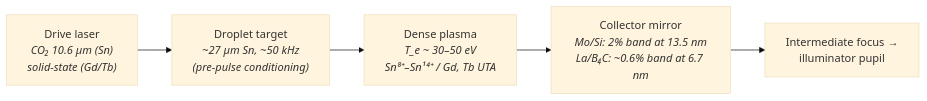
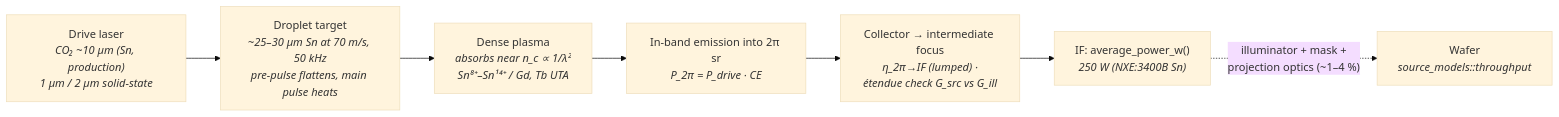
The diagram in docs/sources/lpp.md (sonoransun/highuvlith), drawn with Mermaid (base theme) before and after one commit. The commit also changed other lines of this file and 496 other files, not shown here.

````diff
--- a/docs/sources/lpp.md
+++ b/docs/sources/lpp.md
@@ -15,7 +17,9 @@
 ```mermaid
 flowchart LR
-    A["Drive laser<br/><i>CO₂ 10.6 µm (Sn)<br/>solid-state (Gd/Tb)</i>"] --> B["Droplet target<br/><i>~27 µm Sn, ~50 kHz<br/>(pre-pulse conditioning)</i>"]
-    B --> C["Dense plasma<br/><i>T_e ~ 30–50 eV<br/>Sn⁸⁺–Sn¹⁴⁺ / Gd, Tb UTA</i>"]
-    C --> D["Collector mirror<br/><i>Mo/Si: 2% band at 13.5 nm<br/>La/B₄C: ~0.6% band at 6.7 nm</i>"]
-    D --> E["Intermediate focus →<br/>illuminator pupil"]
+    A["Drive laser<br/><i>CO₂ ~10 µm (Sn, production)<br/>1 µm / 2 µm solid-state</i>"] --> B["Droplet target<br/><i>~25–30 µm Sn at 70 m/s, 50 kHz<br/>pre-pulse flattens, main pulse heats</i>"]
+    B --> C["Dense plasma<br/><i>absorbs near n_c ∝ 1/λ²<br/>Sn⁸⁺–Sn¹⁴⁺ / Gd, Tb UTA</i>"]
+    C --> D["In-band emission into 2π sr<br/><i>P_2π = P_drive · CE</i>"]
+    D --> E["Collector → intermediate focus<br/><i>η_2π→IF (lumped) ·<br/>étendue check G_src vs G_ill</i>"]
+    E --> F["IF: average_power_w()<br/><i>250 W (NXE:3400B Sn)</i>"]
+    F -. "illuminator + mask +<br/>projection optics (~1–4 %)" .-> G["Wafer<br/><i>source_models::throughput</i>"]
 ```
````
